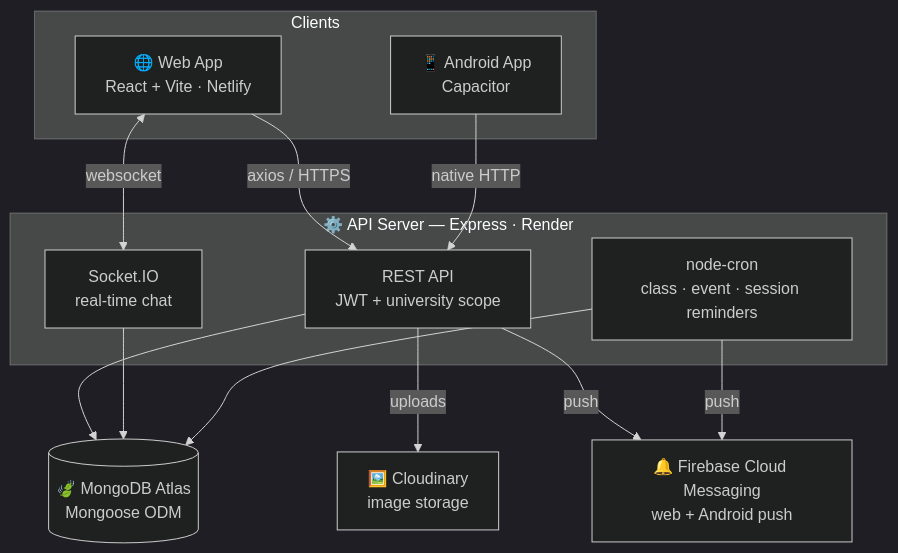
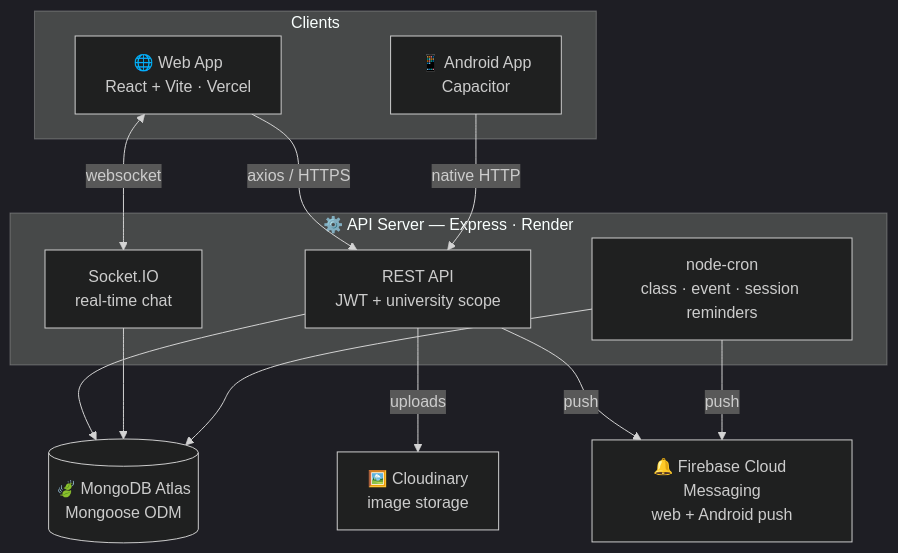
Before and after one commit to Priyansh-Mathur/Manit-Hub: the first of 3 diagrams in README.md, drawn with Mermaid (dark theme). The commit also changed other lines of this file and 5 other files, not shown here.

Commit message:
changing frontend from netlify to vercel

````diff
--- a/README.md
+++ b/README.md
@@ -170,27 +170,27 @@
 ```mermaid
 graph TB
   subgraph Clients
-    Web["🌐 Web App<br/>React + Vite · Netlify"]
+    Web["🌐 Web App<br/>React + Vite · Vercel"]
     Android["📱 Android App<br/>Capacitor"]
   end
 
   subgraph Server["⚙️ API Server — Express · Render"]
     REST["REST API<br/>JWT + university scope"]
     WS["Socket.IO<br/>real-time chat"]
     Cron["node-cron<br/>class · event · session reminders"]
   end
 
   DB[("🍃 MongoDB Atlas<br/>Mongoose ODM")]
   Cloud["🖼️ Cloudinary<br/>image storage"]
   FCM["🔔 Firebase Cloud Messaging<br/>web + Android push"]
 
   Web -->|axios / HTTPS| REST
   Android -->|native HTTP| REST
   Web <-->|websocket| WS
   REST --> DB
   WS --> DB
   Cron --> DB
   REST -->|uploads| Cloud
   REST -->|push| FCM
   Cron -->|push| FCM
 ```
````
